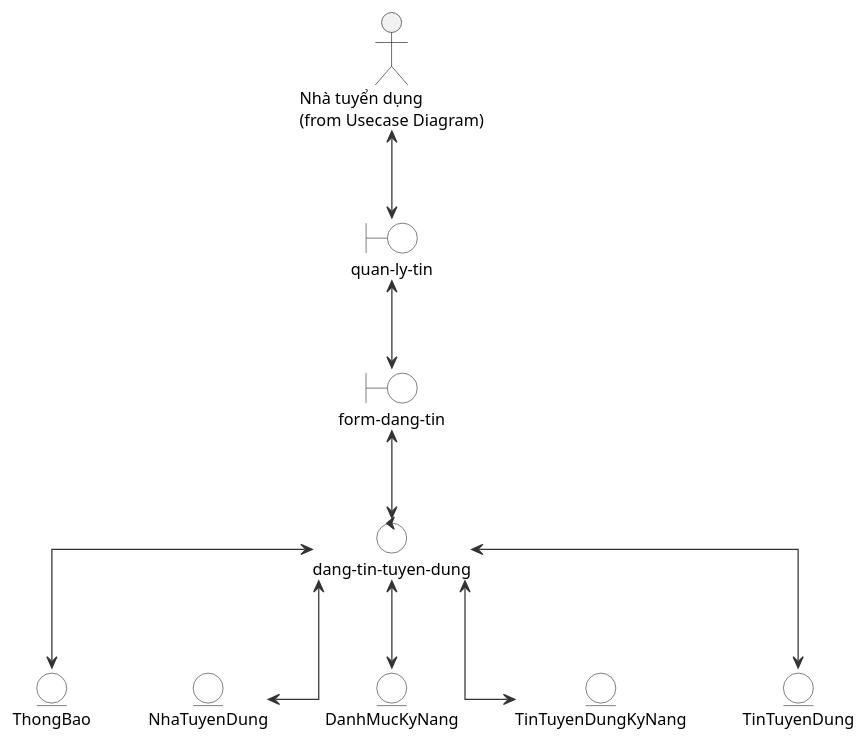
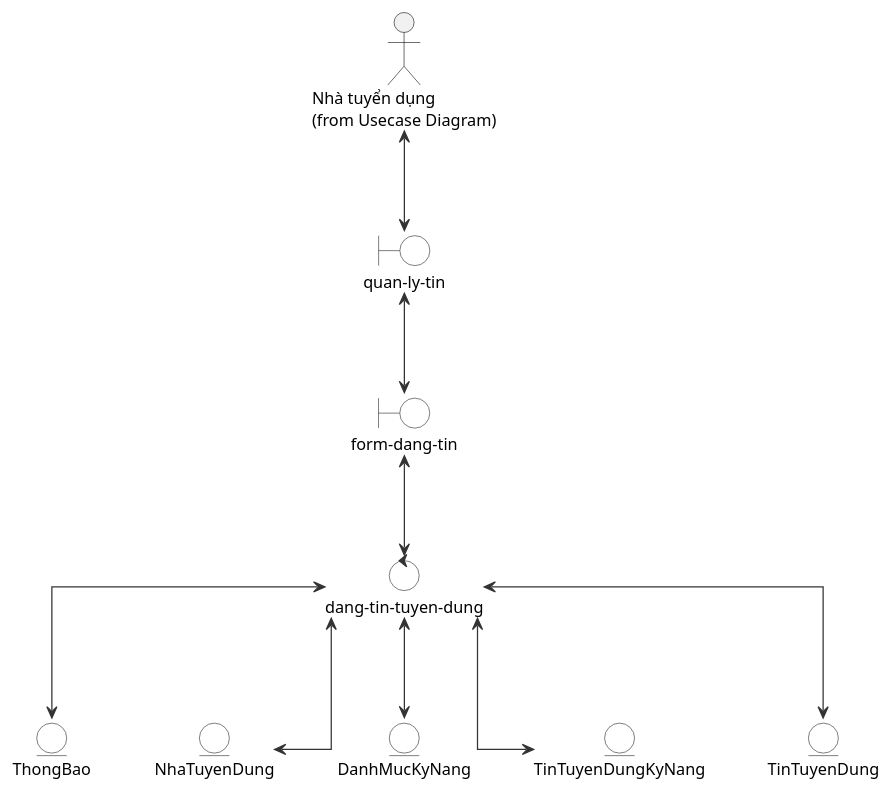
Before and after one commit to hole-six/DoAn: the diagram in docs/so-do/04-robustness/15-robustness-dang-tin-tuyen-dung.puml, drawn with PlantUML. The commit also changed 24 other files, not shown here.

```diff
--- a/docs/so-do/04-robustness/15-robustness-dang-tin-tuyen-dung.puml
+++ b/docs/so-do/04-robustness/15-robustness-dang-tin-tuyen-dung.puml
@@ -1,61 +1,54 @@
 @startuml
 skinparam defaultFontName "Segoe UI"
 skinparam defaultFontSize 13
 skinparam shadowing false
 skinparam linetype ortho
-skinparam nodesep 45
-skinparam ranksep 70
+skinparam nodesep 50
+skinparam ranksep 80
 top to bottom direction
 skinparam actorStyle stick
 skinparam roundcorner 8
 skinparam ArrowColor #333333
 skinparam rectangleBorderColor #333333
 skinparam boundary {
   BackgroundColor White
   BorderColor #333333
 }
 skinparam control {
   BackgroundColor White
   BorderColor #333333
 }
 skinparam entity {
   BackgroundColor White
   BorderColor #333333
 }
 
 actor "Nhà tuyển dụng\n(from Usecase Diagram)" as Actor
 
-' ── Lớp boundary (màn hình) ──
 together {
   boundary "quan-ly-tin" as UI
   boundary "form-dang-tin" as Form
 }
 
-' ── Lớp control (xử lý) ──
 together {
   control "dang-tin-tuyen-dung" as Controller
 }
 
-' ── Lớp entity (dữ liệu) ──
 together {
   entity "TinTuyenDung" as TinTuyenDung
   entity "TinTuyenDungKyNang" as TinTuyenDungKyNang
   entity "DanhMucKyNang" as DanhMucKyNang
   entity "NhaTuyenDung" as NhaTuyenDung
   entity "ThongBao" as ThongBao
 }
 
-' ── Quan hệ actor ↔ boundary ──
 Actor <--> UI
-
-' ── boundary ↔ boundary / control ──
 UI <--> Form
 Form <--> Controller
 
-' ── control ↔ entity ──
 Controller <--> NhaTuyenDung
 Controller <--> TinTuyenDung
 Controller <--> TinTuyenDungKyNang
 Controller <--> DanhMucKyNang
 Controller <--> ThongBao
 @enduml
```
